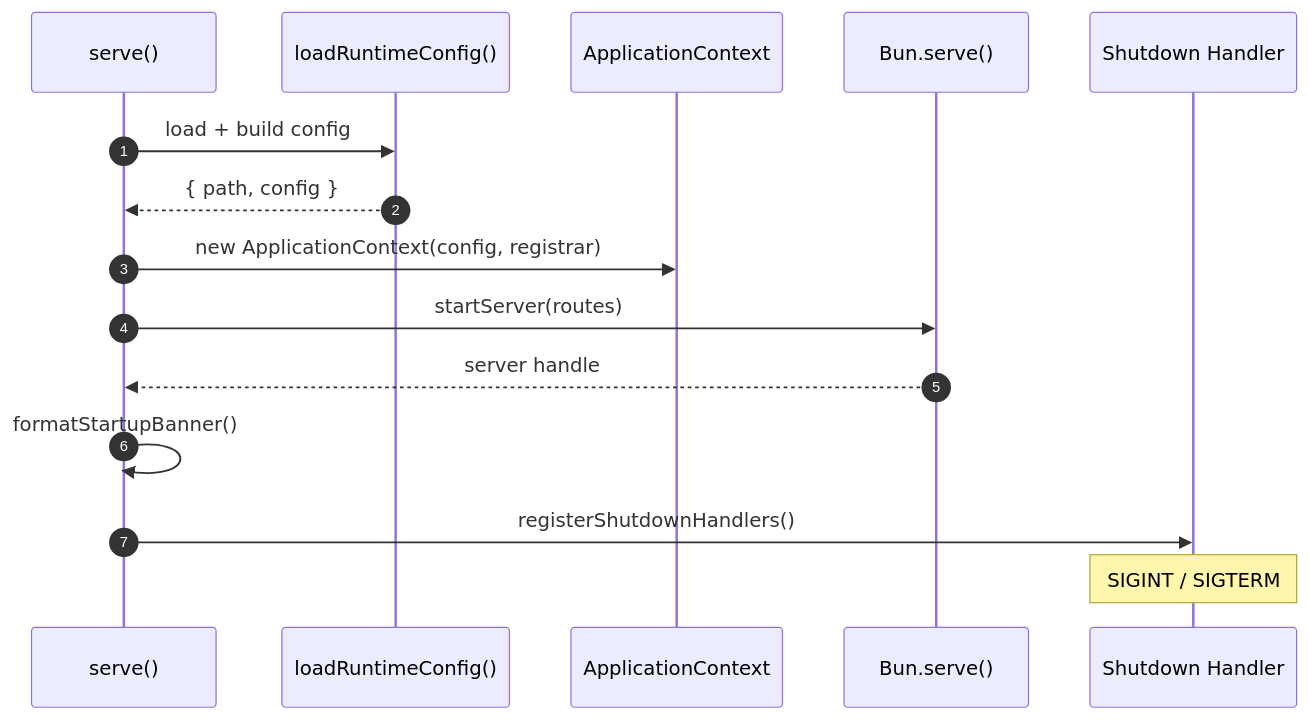
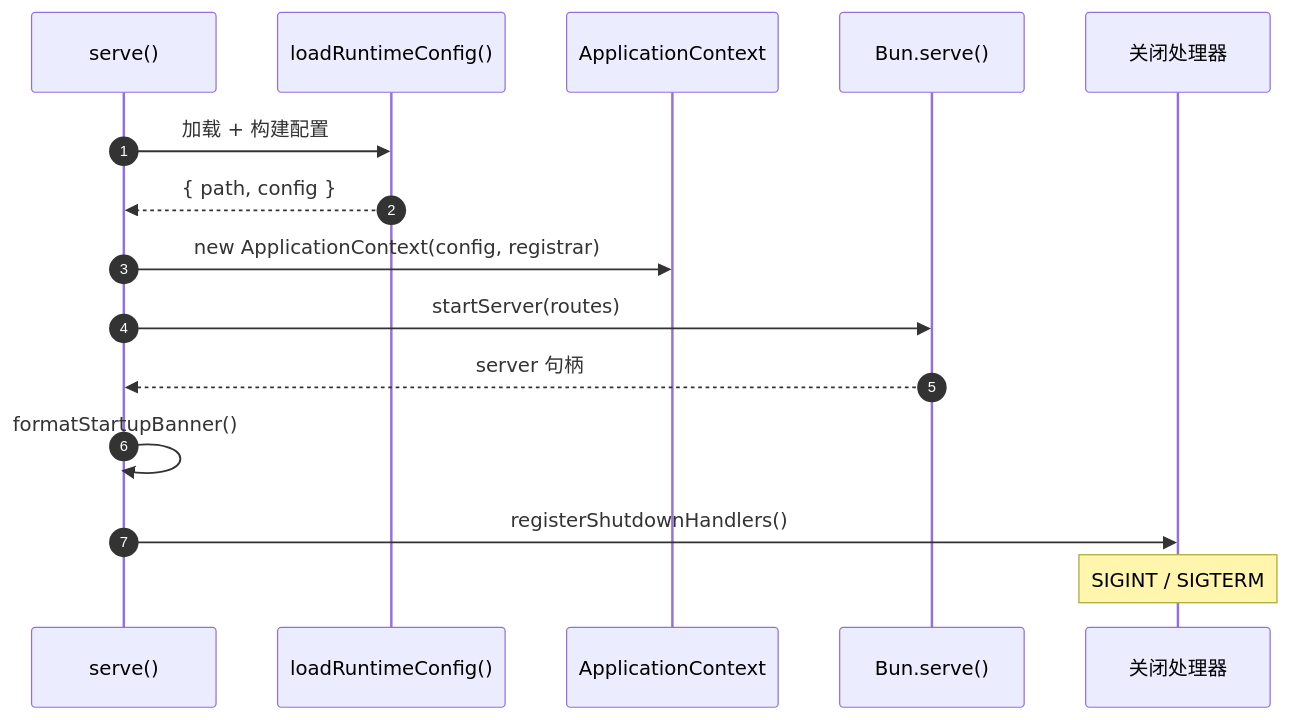
One commit to Ahoo-Wang/GodeX changed the fourth of 4 diagrams in wiki/zh/01-getting-started/cli.md. Above: the diagram before and after it, drawn with Mermaid. The commit also changed other lines of this file and 36 other files, not shown here.

````diff
--- a/wiki/zh/01-getting-started/cli.md
+++ b/wiki/zh/01-getting-started/cli.md
@@ -115,18 +127,18 @@
 ```mermaid
 sequenceDiagram
     autonumber
     participant CLI as serve()
     participant Config as loadRuntimeConfig()
     participant App as ApplicationContext
     participant Server as Bun.serve()
-    participant Shutdown as Shutdown Handler
+    participant Shutdown as 关闭处理器
 
-    CLI->>Config: load + build config
+    CLI->>Config: 加载 + 构建配置
     Config-->>CLI: { path, config }
     CLI->>App: new ApplicationContext(config, registrar)
     CLI->>Server: startServer(routes)
-    Server-->>CLI: server handle
+    Server-->>CLI: server 句柄
     CLI->>CLI: formatStartupBanner()
     CLI->>Shutdown: registerShutdownHandlers()
     Note over Shutdown: SIGINT / SIGTERM
 ```
````
